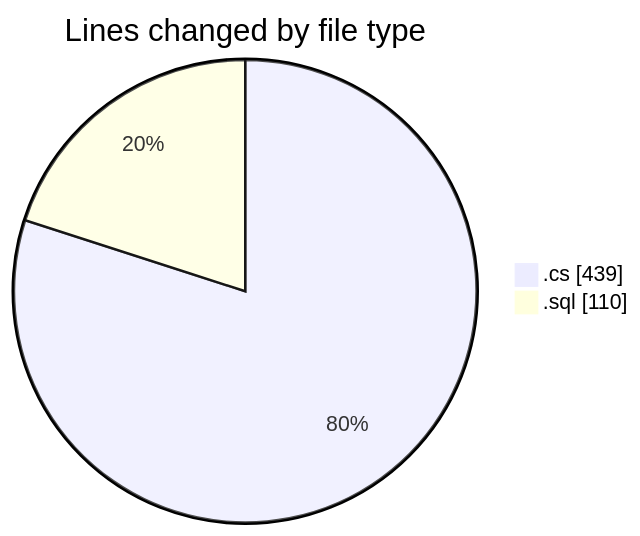
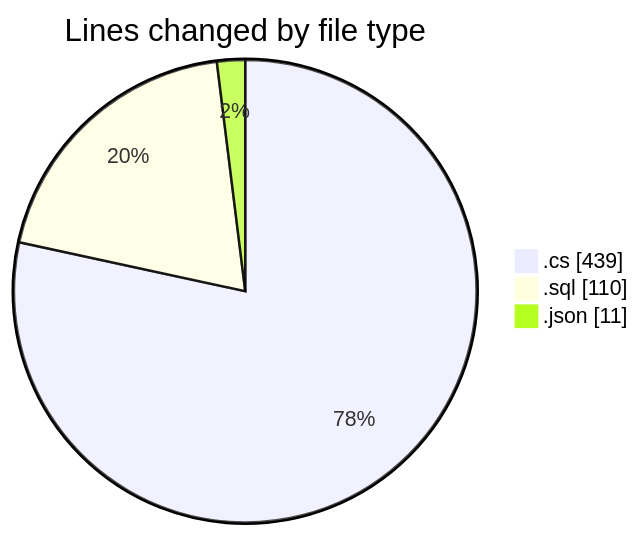
One commit to Netris89/code-tracking changed the first of 2 diagrams in 2025-04-04/back-end/README.md. Above: the diagram before and after it, drawn with Mermaid. The commit also changed other lines of this file and 1 other file, not shown here.

````diff
--- a/2025-04-04/back-end/README.md
+++ b/2025-04-04/back-end/README.md
@@ -21,6 +22,7 @@
 ```mermaid
 pie showData
 title Lines changed by file type
 ".cs" : 439
 ".sql" : 110
+".json" : 11
 ```
````
